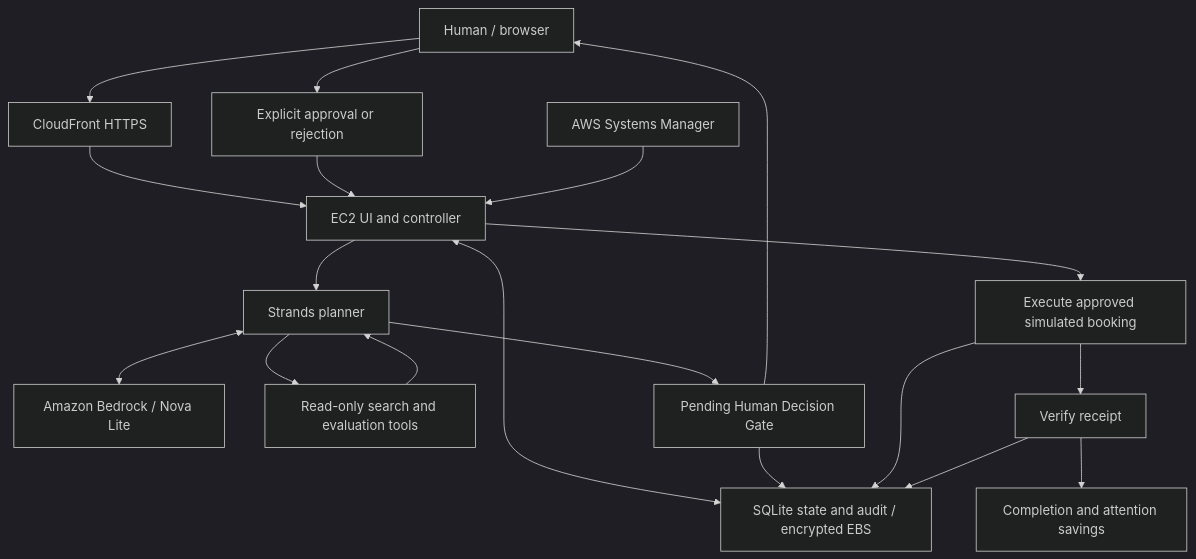
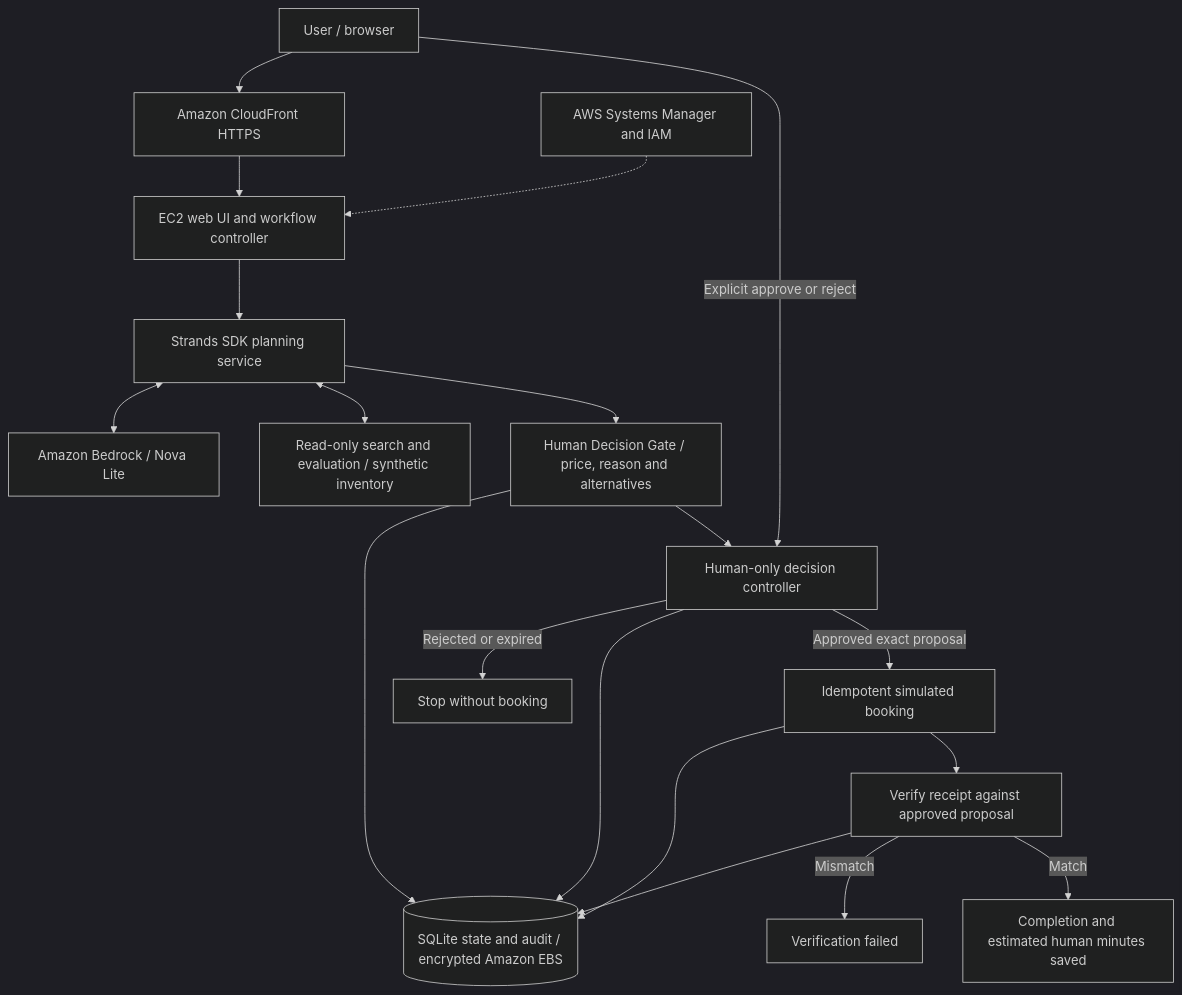
The diagram in docs/live-architecture.md (babifarah9/decisionpilot-ai), drawn with Mermaid (dark theme) before and after one commit. The commit also changed other lines of this file and 3 other files, not shown here.

Commit message:
Make architecture submission-ready with public-facing component labels

````diff
--- a/docs/live-architecture.md
+++ b/docs/live-architecture.md
@@ -7,21 +7,21 @@
 ```mermaid
 flowchart TD
-    U["Human / browser"] --> C["CloudFront HTTPS"]
-    C --> H["EC2 UI and controller"]
-    H --> S["Strands planner"]
-    S <--> B["Amazon Bedrock / Nova Lite"]
-    S --> T["Read-only search and evaluation tools"]
-    T --> S
-    S --> G["Pending Human Decision Gate"]
-    G --> U
-    U --> D["Explicit approval or rejection"]
-    D --> H
-    H --> E["Execute approved simulated booking"]
-    E --> V["Verify receipt"]
-    V --> A["Completion and attention savings"]
-    H <--> DB["SQLite state and audit / encrypted EBS"]
-    G --> DB
-    E --> DB
-    V --> DB
-    M["AWS Systems Manager"] --> H
+  ui["User / browser"] --> cdn["Amazon CloudFront HTTPS"]
+  cdn --> controller["EC2 web UI and workflow controller"]
+  controller --> planner["Strands SDK planning service"]
+  planner <--> bedrock["Amazon Bedrock / Nova Lite"]
+  planner <--> tools["Read-only search and evaluation / synthetic inventory"]
+  planner --> gate["Human Decision Gate / price, reason and alternatives"]
+  gate --> decision["Human-only decision controller"]
+  ui -->|"Explicit approve or reject"| decision
+  decision -->|"Approved exact proposal"| execute["Idempotent simulated booking"]
+  decision -->|"Rejected or expired"| stop["Stop without booking"]
+  execute --> verify["Verify receipt against approved proposal"]
+  verify -->|"Match"| completed["Completion and estimated human minutes saved"]
+  verify -->|"Mismatch"| failed["Verification failed"]
+  gate --> storage[("SQLite state and audit / encrypted Amazon EBS")]
+  decision --> storage
+  execute --> storage
+  verify --> storage
+  management["AWS Systems Manager and IAM"] -.-> controller
 ```
````
